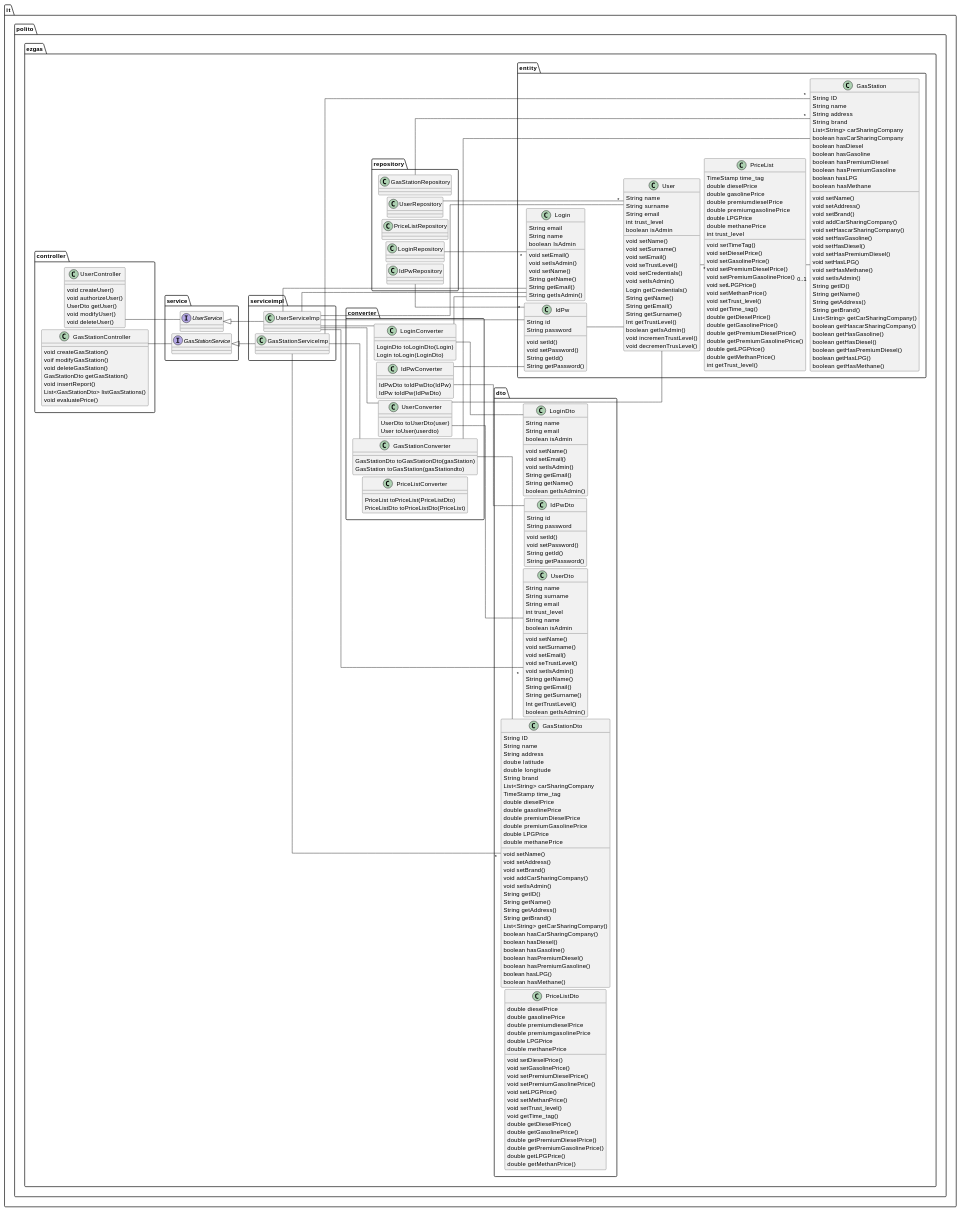
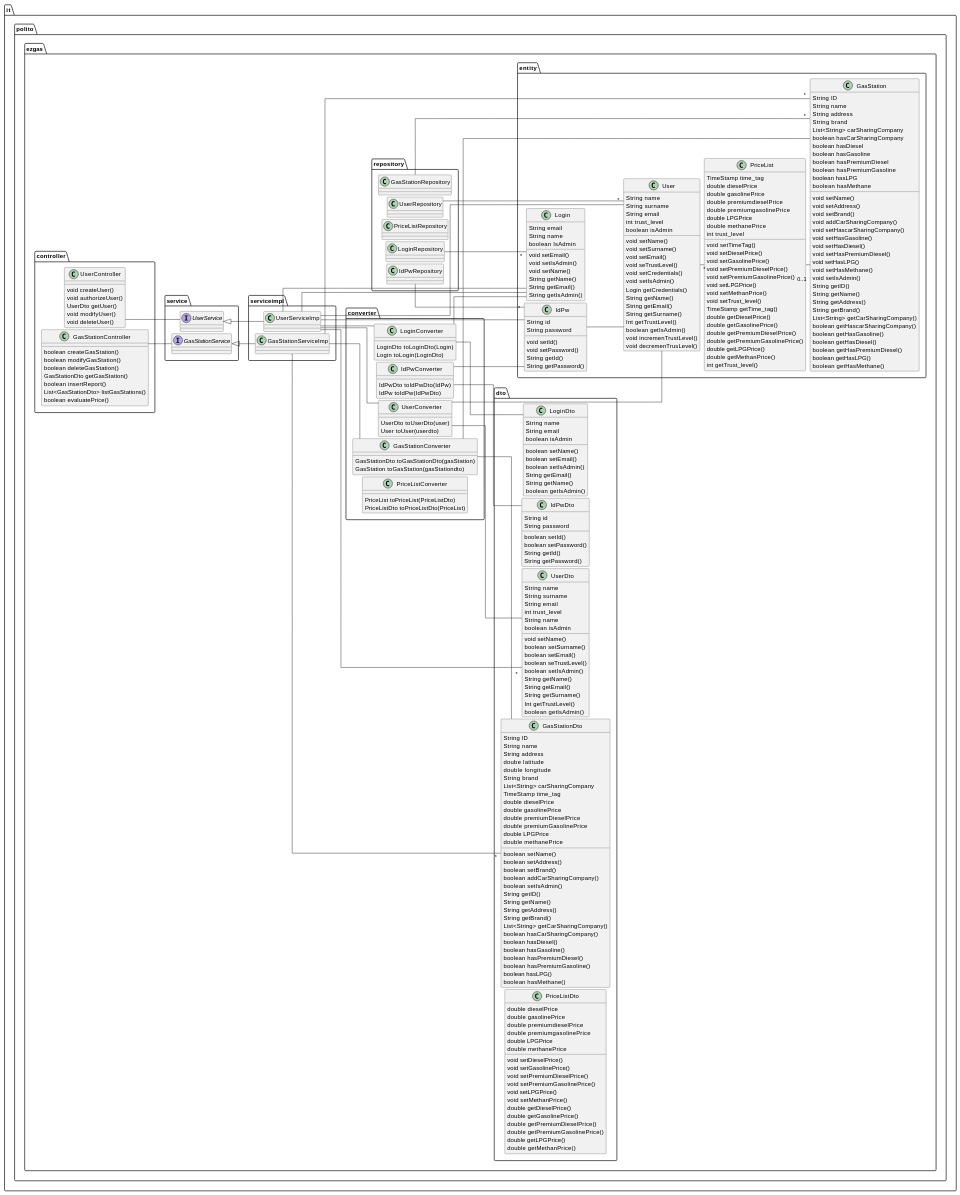
Before and after one commit to CangaRouter/ExGas: the fourth of 4 diagrams in docs/DesignDocument.md, drawn with PlantUML. The commit also changed 1 other file, not shown here.

Commit message:
fix: modified some classes prototypes

```diff
--- a/docs/DesignDocument.md
+++ b/docs/DesignDocument.md
@@ -237,13 +237,13 @@
     void deleteUser()
 }
 Class GasStationController{
-    void createGasStation()
-    voif modifyGasStation()
-    void deleteGasStation()
+    boolean createGasStation()
+    boolean modifyGasStation()
+    boolean deleteGasStation()
     GasStationDto getGasStation()
-    void insertReport()
+    boolean insertReport()
     List<GasStationDto> listGasStations()
-    void evaluatePrice()
+    boolean evaluatePrice()
 }
 }
 
@@ -267,7 +267,7 @@
  void setLPGPrice()
  void setMethanPrice()
  void setTrust_level()
- void getTime_tag()
+ TimeStamp getTime_tag()
  double getDieselPrice()
  double getGasolinePrice()
  double getPremiumDieselPrice()
@@ -407,8 +407,8 @@
     class IdPwDto{
     String id
     String password
-    void setId()
-    void setPassword()
+    boolean setId()
+    boolean setPassword()
     String getId()
     String getPassword()
 }
@@ -416,9 +416,9 @@
     String name
     String email
     boolean isAdmin
-    void setName()
-    void setEmail()
-    void setIsAdmin()
+    boolean setName()
+    boolean setEmail()
+    boolean setIsAdmin()
     String getEmail()
     String getName()
     boolean getIsAdmin()
@@ -432,10 +432,10 @@
 boolean isAdmin
 
 void setName()
- void setSurname()
- void setEmail()
- void seTrustLevel()
- void setIsAdmin()
+ boolean setSurname()
+ boolean setEmail()
+ boolean seTrustLevel()
+ boolean setIsAdmin()
  String getName()
  String getEmail()
  String getSurname()
@@ -457,11 +457,11 @@
  double premiumGasolinePrice
  double LPGPrice
  double methanePrice   
- void setName()
- void setAddress()
- void setBrand()
- void addCarSharingCompany()
- void setIsAdmin()
+ boolean setName()
+ boolean setAddress()
+ boolean setBrand()
+ boolean addCarSharingCompany()
+ boolean setIsAdmin()
  String getID()
  String getName()
  String getAddress()
@@ -490,8 +490,6 @@
  void setPremiumGasolinePrice()
  void setLPGPrice()
  void setMethanPrice()
- void setTrust_level()
- void getTime_tag()
  double getDieselPrice()
  double getGasolinePrice()
  double getPremiumDieselPrice()
```
